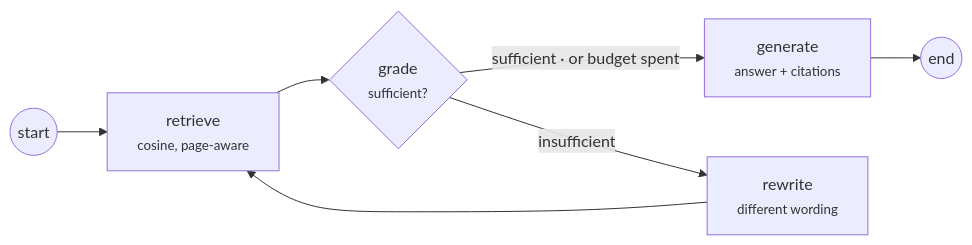
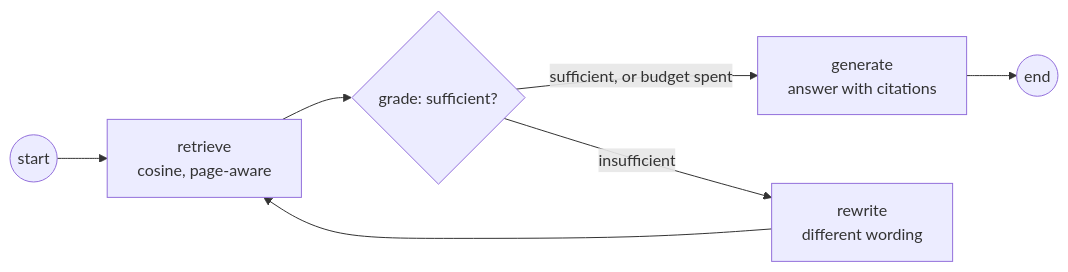
One commit to rahulranjan14/localScan changed the fourth of 4 diagrams in docs/ARCHITECTURE.md. Above: the diagram before and after it, drawn with Mermaid. The commit also changed other lines of this file, not shown here.

First line of the commit message:
fix(docs): mermaid labels were being clipped when rendered

````diff
--- a/docs/ARCHITECTURE.md
+++ b/docs/ARCHITECTURE.md
@@ -108,9 +113,16 @@
 ```mermaid
 flowchart LR
-    S((start)) --> R["retrieve<br/><small>cosine, page-aware</small>"]
-    R --> G{"grade<br/><small>sufficient?</small>"}
-    G -->|"sufficient · or budget spent"| A["generate<br/><small>answer + citations</small>"]
-    G -->|insufficient| W["rewrite<br/><small>different wording</small>"]
+    S((start))
+    R["retrieve<br/>cosine, page-aware"]
+    G{"grade: sufficient?"}
+    A["generate<br/>answer with citations"]
+    W["rewrite<br/>different wording"]
+    E((end))
+
+    S --> R
+    R --> G
+    G -->|sufficient, or budget spent| A
+    G -->|insufficient| W
     W --> R
-    A --> E((end))
+    A --> E
 ```
````
